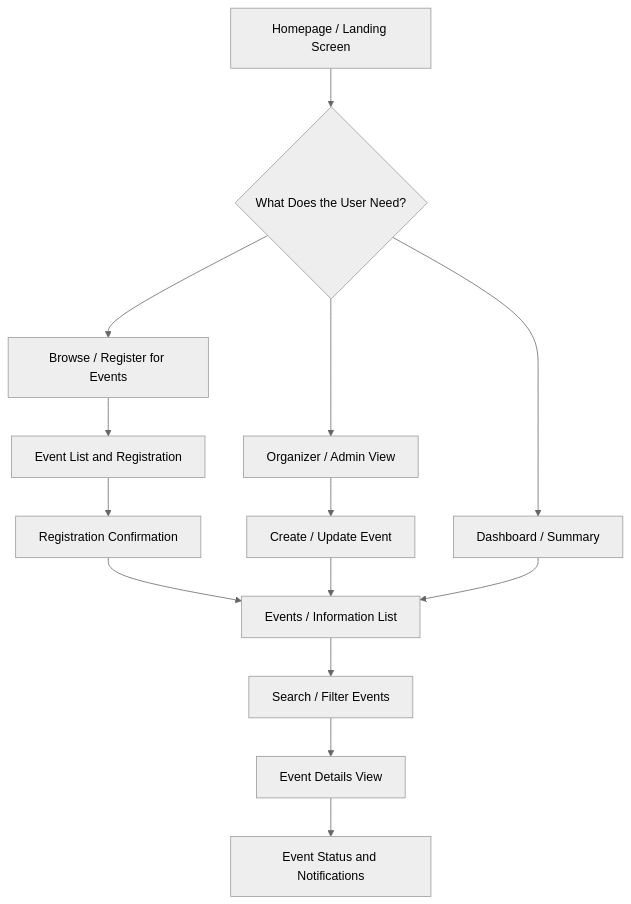
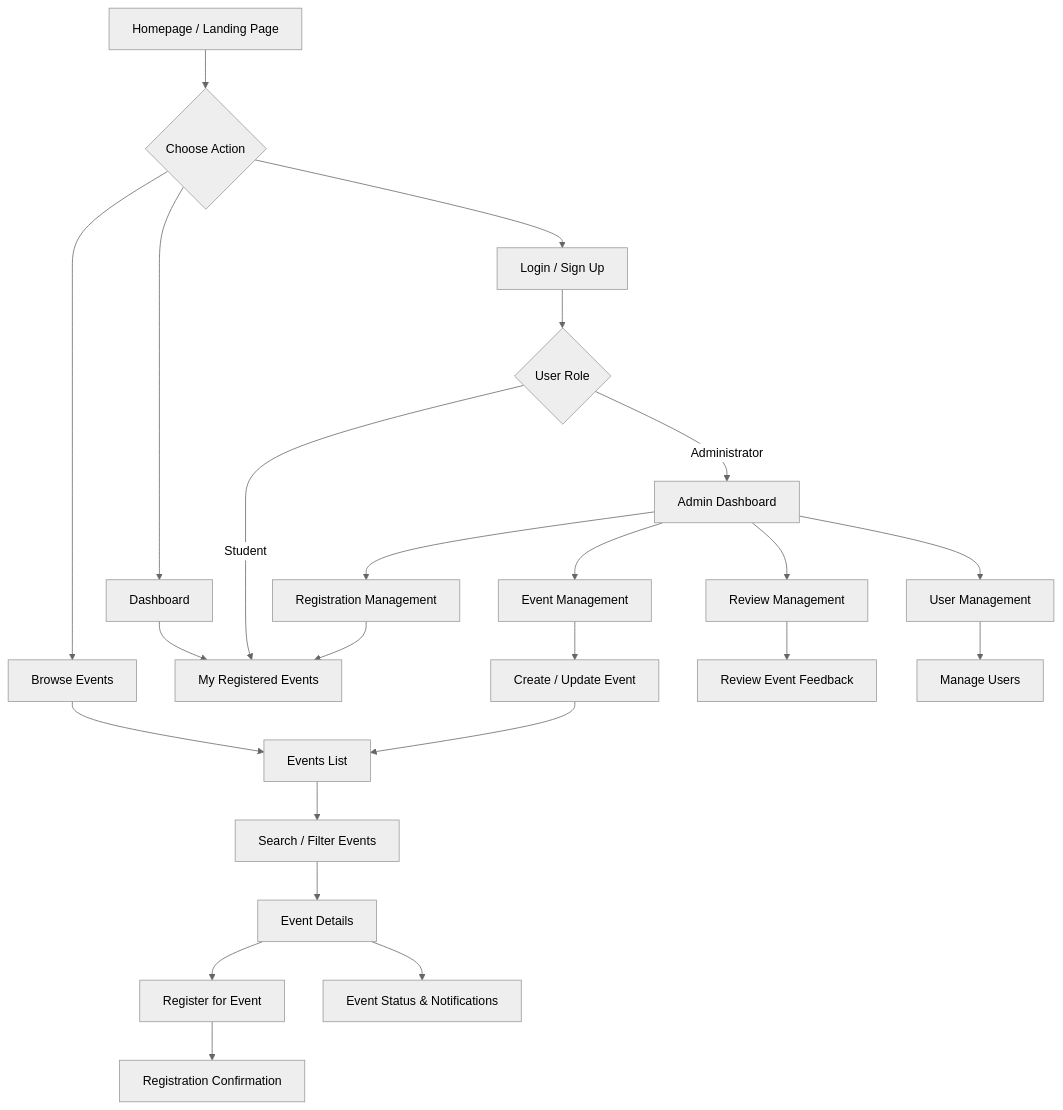
Before and after one commit to sonamd6807456/ICT105-DRUK-MVP: the diagram in diagrams/user-flow.mmd, drawn with Mermaid (neutral theme).

```diff
--- a/diagrams/user-flow.mmd
+++ b/diagrams/user-flow.mmd
@@ -1,27 +1,42 @@
 flowchart TD
 
-    A[Homepage / Landing Screen]
+    A[Homepage / Landing Page]
 
-    A --> B{What Does the User Need?}
+    A --> B{Choose Action}
 
-    %% Student Flow
-    B --> C[Browse / Register for Events]
-    C --> D[Event List and Registration]
-    D --> E[Registration Confirmation]
+    %% Student
+    B --> C[Browse Events]
+    B --> D[Login / Sign Up]
+    B --> E[Dashboard]
 
-    %% Admin Flow
-    B --> F[Organizer / Admin View]
-    F --> G[Create / Update Event]
+    C --> F[Events List]
+    F --> G[Search / Filter Events]
+    G --> H[Event Details]
 
-    %% Dashboard Flow
-    B --> H[Dashboard / Summary]
+    H --> I[Register for Event]
+    I --> J[Registration Confirmation]
 
-    %% Shared Information
-    E --> I[Events / Information List]
-    G --> I
-    H --> I
+    %% Dashboard
+    E --> K[My Registered Events]
 
-    %% Event Browsing
-    I --> J[Search / Filter Events]
-    J --> K[Event Details View]
-    K --> L[Event Status and Notifications]
+    %% Admin
+    D --> L{User Role}
+
+    L -->|Student| K
+    L -->|Administrator| M[Admin Dashboard]
+
+    M --> N[Event Management]
+    M --> O[Registration Management]
+    M --> P[Review Management]
+    M --> Q[User Management]
+
+    N --> R[Create / Update Event]
+    R --> F
+
+    O --> K
+
+    P --> S[Review Event Feedback]
+
+    Q --> T[Manage Users]
+
+    H --> U[Event Status & Notifications]
```
